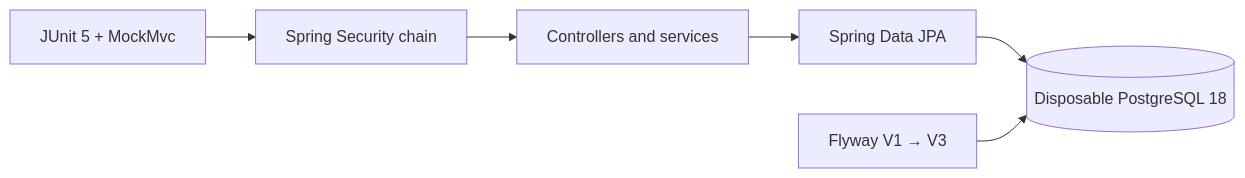
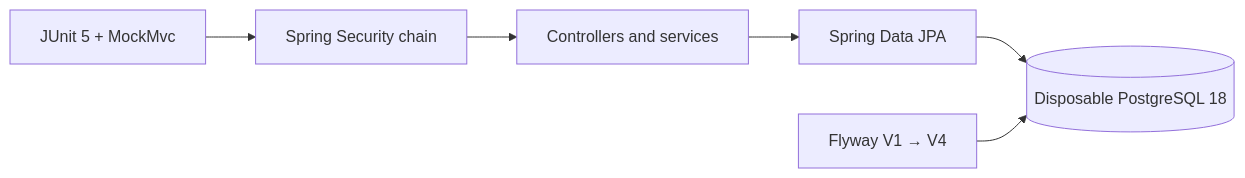
One commit to adhambatlouni/task-management-system changed the third of 3 diagrams in README.md. Above: the diagram before and after it, drawn with Mermaid. The commit also changed other lines of this file and 12 other files, not shown here.

````diff
--- a/README.md
+++ b/README.md
@@ -314,15 +335,15 @@
 ```mermaid
 flowchart LR
     Tests[JUnit 5 + MockMvc]
     Security[Spring Security chain]
     API[Controllers and services]
     JPA[Spring Data JPA]
     Database[(Disposable PostgreSQL 18)]
-    Flyway[Flyway V1 → V3]
+    Flyway[Flyway V1 → V4]
 
     Tests --> Security
     Security --> API
     API --> JPA
     JPA --> Database
     Flyway --> Database
 ```
````
